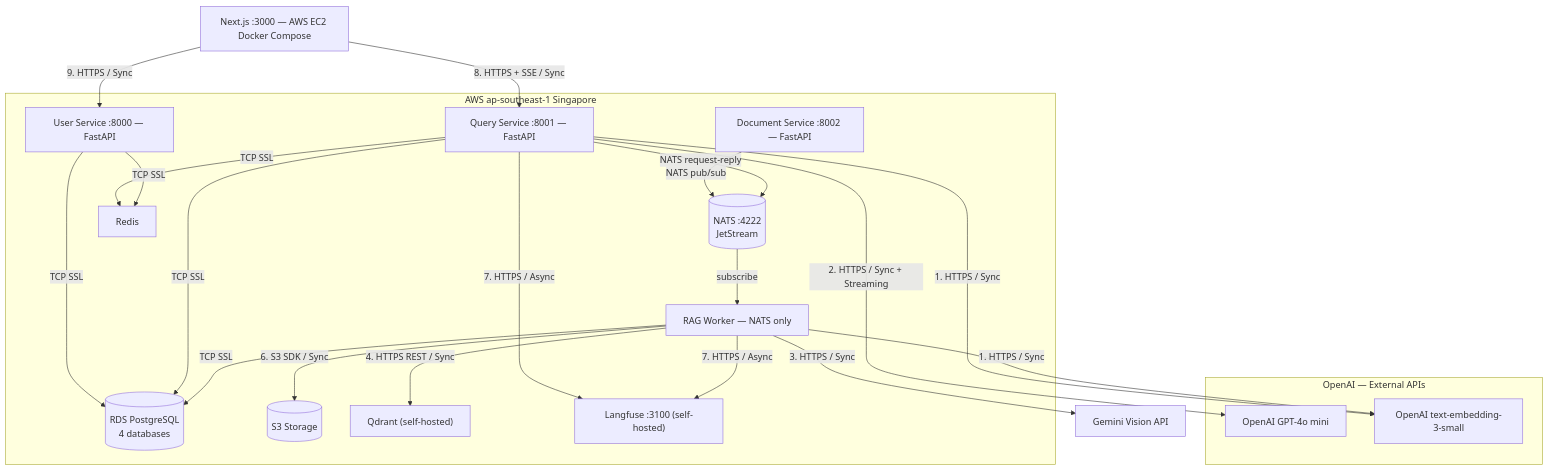
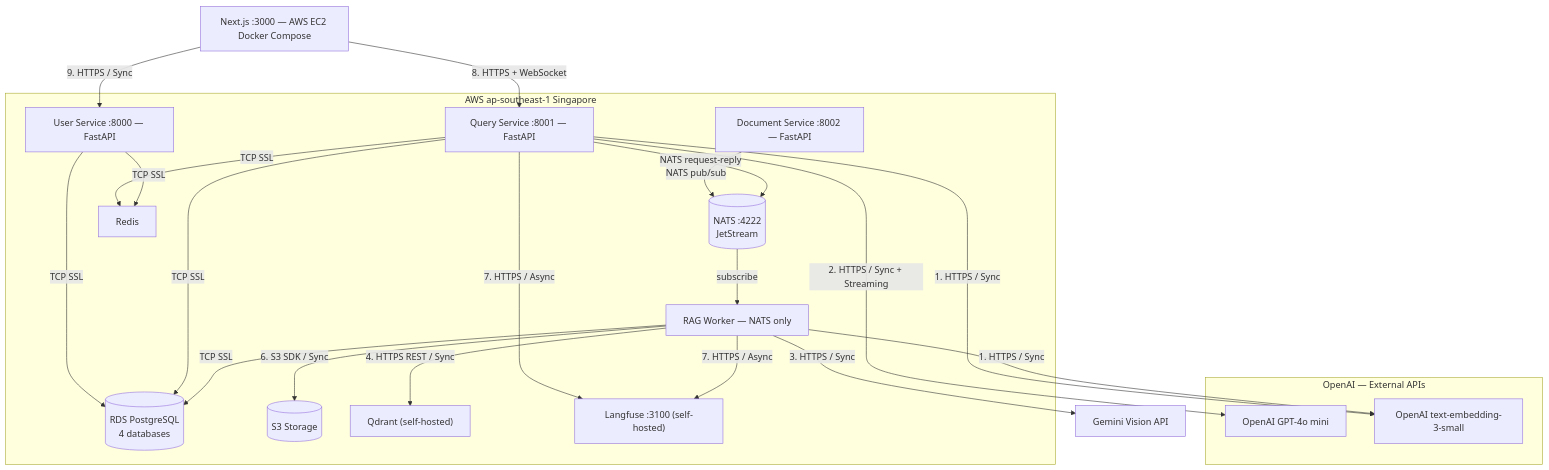
The fourth of 6 diagrams in docs/SA_RAG_Chatbot_Final.md (cds0987/DA08-VSF-AI), drawn with Mermaid before and after one commit. The commit also changed other lines of this file and 3 other files, not shown here.

````diff
--- a/docs/SA_RAG_Chatbot_Final.md
+++ b/docs/SA_RAG_Chatbot_Final.md
@@ -439,42 +443,42 @@
 ```mermaid
 flowchart TB
     NEXTJS["Next.js :3000 — AWS EC2 Docker Compose"]
 
     subgraph AWS["AWS ap-southeast-1 Singapore"]
         USVC["User Service :8000 — FastAPI"]
         INGEST["Document Service :8002 — FastAPI"]
         QUERY["Query Service :8001 — FastAPI"]
         RAG["RAG Worker — NATS only"]
         NATS_B[("NATS :4222\nJetStream")]
         PG[("RDS PostgreSQL\n4 databases")]
         S3[("S3 Storage")]
         QDRANT["Qdrant (self-hosted)"]
         LF["Langfuse :3100 (self-hosted)"]
         REDIS["Redis"]
     end
 
     subgraph OPENAI_EXT["OpenAI — External APIs"]
         AOAI["OpenAI GPT-4o mini"]
         EMB_API["OpenAI text-embedding-3-small"]
     end
     GEMINI_EXT["Gemini Vision API"]
 
     NEXTJS -- "9. HTTPS / Sync" --> USVC
-    NEXTJS -- "8. HTTPS + SSE / Sync" --> QUERY
+    NEXTJS -- "8. HTTPS + WebSocket" --> QUERY
     USVC -- "TCP SSL" --> PG
     QUERY -- "TCP SSL" --> PG
     RAG -- "TCP SSL" --> PG
     QUERY -- "2. HTTPS / Sync + Streaming" --> AOAI
     QUERY -- "1. HTTPS / Sync" --> EMB_API
     RAG -- "1. HTTPS / Sync" --> EMB_API
     RAG -- "3. HTTPS / Sync" --> GEMINI_EXT
     RAG -- "4. HTTPS REST / Sync" --> QDRANT
     RAG -- "6. S3 SDK / Sync" --> S3
     QUERY -- "7. HTTPS / Async" --> LF
     RAG -- "7. HTTPS / Async" --> LF
     INGEST -- "NATS pub/sub" --> NATS_B
     QUERY -- "NATS request-reply" --> NATS_B
     NATS_B -- "subscribe" --> RAG
     QUERY -- "TCP SSL" --> REDIS
     USVC -- "TCP SSL" --> REDIS
 ```
````
